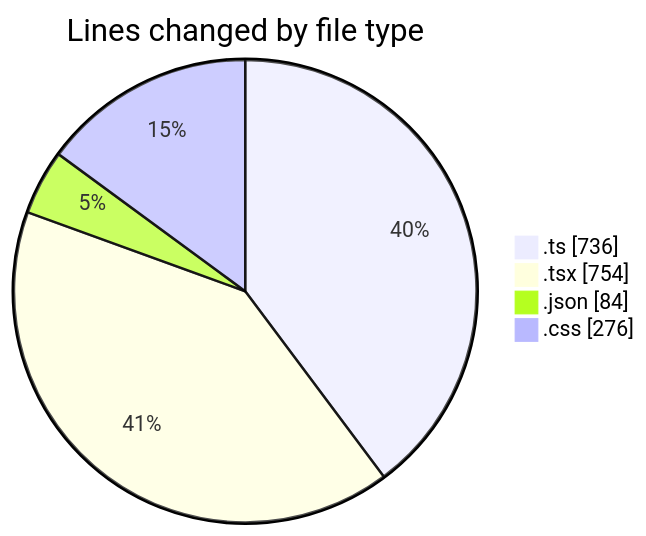
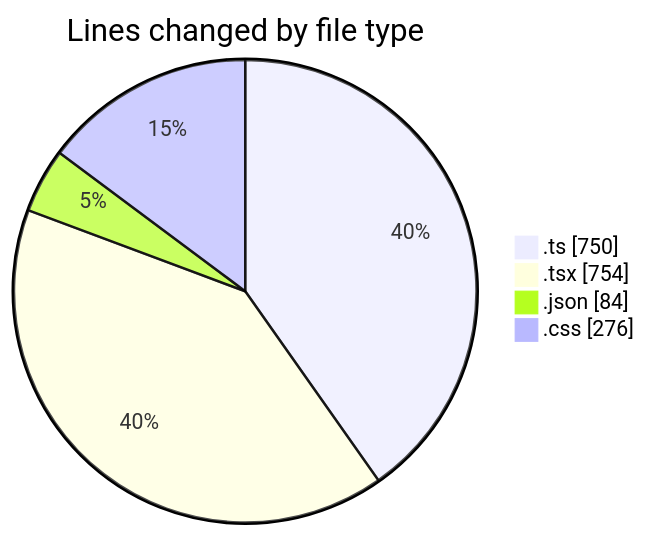
One commit to julien-gomy/code-tracking changed the first of 2 diagrams in 2025-11-24/eventscop-frontend-guide__workspace_/README.md. Above: the diagram before and after it, drawn with Mermaid. The commit also changed other lines of this file and 1 other file, not shown here.

````diff
--- a/2025-11-24/eventscop-frontend-guide__workspace_/README.md
+++ b/2025-11-24/eventscop-frontend-guide__workspace_/README.md
@@ -45,8 +45,8 @@
 ```mermaid
 pie showData
 title Lines changed by file type
-".ts" : 736
+".ts" : 750
 ".tsx" : 754
 ".json" : 84
 ".css" : 276
 ```
````
